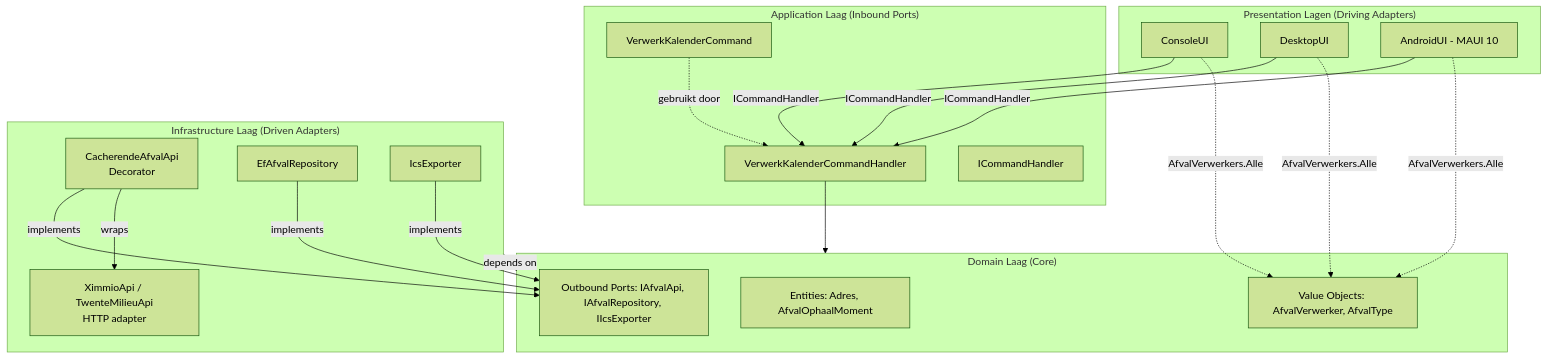
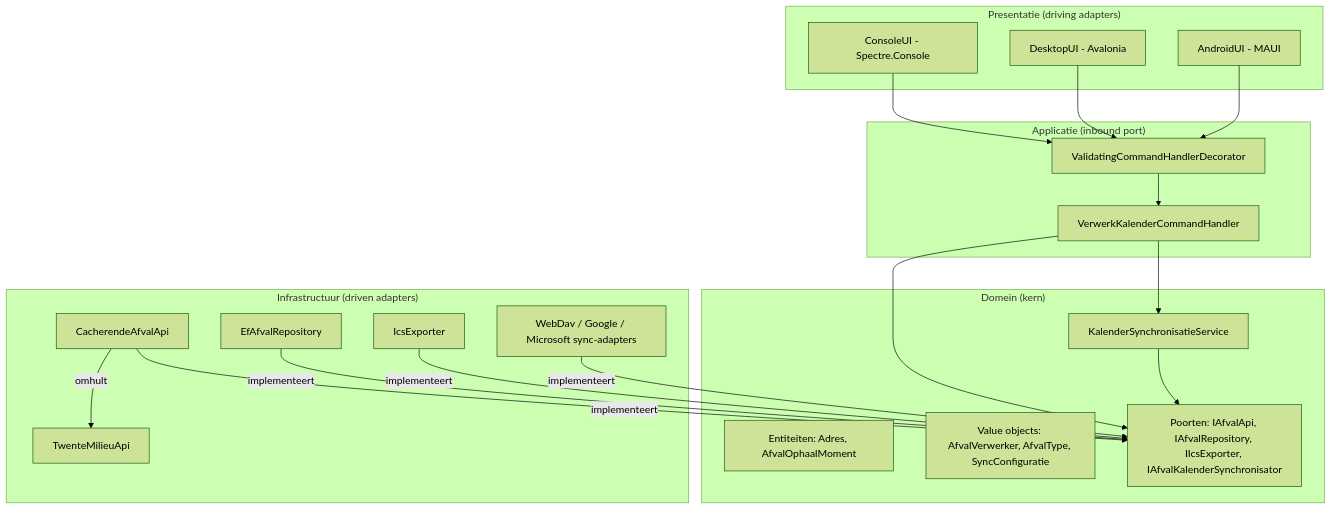
One commit to marvinstorage/AfvalKalender changed the first of 3 diagrams in README.md. Above: the diagram before and after it, drawn with Mermaid (forest theme). The commit also changed other lines of this file and 18 other files, not shown here.

````diff
--- a/README.md
+++ b/README.md
@@ -93,41 +116,41 @@
 ```mermaid
 graph TD
-    subgraph UI ["Presentation Lagen (Driving Adapters)"]
-        Console[ConsoleUI]
-        Desktop[DesktopUI]
-        Android[AndroidUI - MAUI 10]
+    subgraph UI ["Presentatie (driving adapters)"]
+        Console[ConsoleUI - Spectre.Console]
+        Desktop[DesktopUI - Avalonia]
+        Android[AndroidUI - MAUI]
     end
 
-    subgraph Application ["Application Laag (Inbound Ports)"]
+    subgraph Application ["Applicatie (inbound port)"]
+        Decorator[ValidatingCommandHandlerDecorator]
         Handler[VerwerkKalenderCommandHandler]
-        Command[VerwerkKalenderCommand]
-        IHandler[ICommandHandler]
     end
 
-    subgraph Infrastructure ["Infrastructure Laag (Driven Adapters)"]
-        Cache[CacherendeAfvalApi\nDecorator]
-        Api[XimmioApi / TwenteMilieuApi\nHTTP adapter]
+    subgraph Domain ["Domein (kern)"]
+        Entities[Entiteiten: Adres, AfvalOphaalMoment]
+        ValueObjects[Value objects: AfvalVerwerker, AfvalType, SyncConfiguratie]
+        SyncService[KalenderSynchronisatieService]
+        Ports[Poorten: IAfvalApi, IAfvalRepository, IIcsExporter, IAfvalKalenderSynchronisator]
+    end
+
+    subgraph Infrastructure ["Infrastructuur (driven adapters)"]
+        Cache[CacherendeAfvalApi]
+        Api[TwenteMilieuApi]
         Repo[EfAfvalRepository]
         Ics[IcsExporter]
+        Sync[WebDav / Google / Microsoft sync-adapters]
     end
 
-    subgraph Domain ["Domain Laag (Core)"]
-        Entities[Entities: Adres, AfvalOphaalMoment]
-        ValueObjects[Value Objects: AfvalVerwerker, AfvalType]
-        Interfaces[Outbound Ports: IAfvalApi, IAfvalRepository, IIcsExporter]
-    end
-
-    Console -- ICommandHandler --> Handler
-    Desktop -- ICommandHandler --> Handler
-    Android -- ICommandHandler --> Handler
-    Console -. "AfvalVerwerkers.Alle" .-> ValueObjects
-    Desktop -. "AfvalVerwerkers.Alle" .-> ValueObjects
-    Android -. "AfvalVerwerkers.Alle" .-> ValueObjects
-    Command -. gebruikt door .-> Handler
-    Handler --> Domain
-    Cache -- implements --> Interfaces
-    Cache -- wraps --> Api
-    Repo -- implements --> Interfaces
-    Ics -- implements --> Interfaces
-    Infrastructure -. depends on .-> Domain
+    Console --> Decorator
+    Desktop --> Decorator
+    Android --> Decorator
+    Decorator --> Handler
+    Handler --> Ports
+    Handler --> SyncService
+    SyncService --> Ports
+    Cache -- implementeert --> Ports
+    Cache -- omhult --> Api
+    Repo -- implementeert --> Ports
+    Ics -- implementeert --> Ports
+    Sync -- implementeert --> Ports
 ```
````
